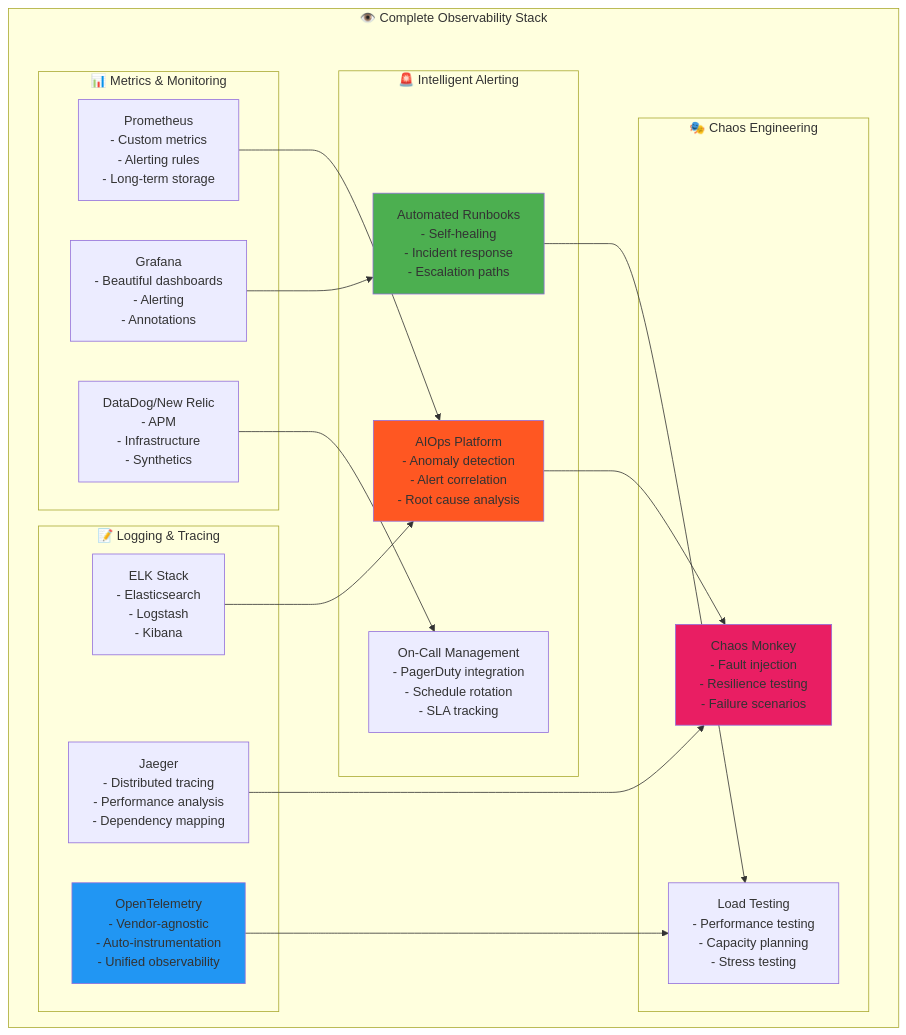
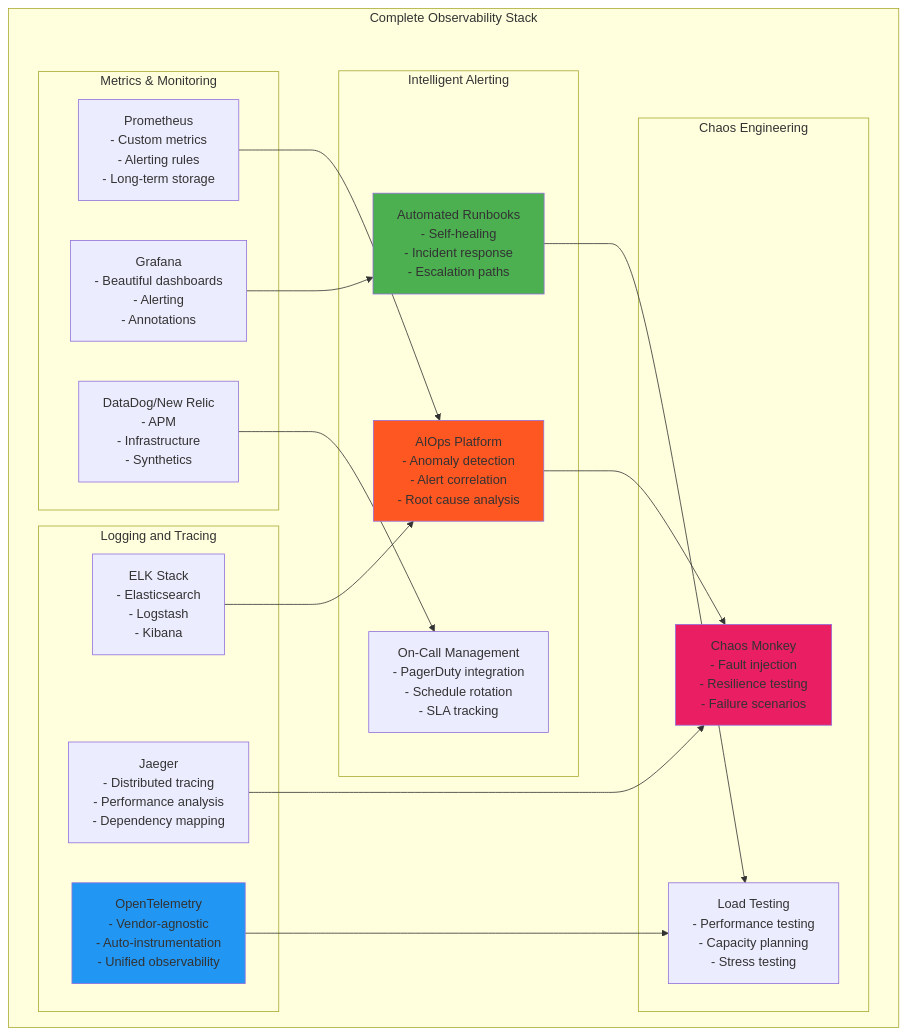
Before and after one commit to gregorizeidler-cw/LavandowskI-Chatbot: the ninth of 11 diagrams in README.md, drawn with Mermaid. The commit also changed other lines of this file, not shown here.

````diff
--- a/README.md
+++ b/README.md
@@ -1353,43 +1353,43 @@
 ```mermaid
 graph TB
-    subgraph "👁️ Complete Observability Stack"
-        subgraph "📊 Metrics & Monitoring"
+    subgraph " Complete Observability Stack"
+        subgraph " Metrics & Monitoring"
             PROMETHEUS[Prometheus<br/>- Custom metrics<br/>- Alerting rules<br/>- Long-term storage]
             GRAFANA[Grafana<br/>- Beautiful dashboards<br/>- Alerting<br/>- Annotations]
             DATADOG[DataDog/New Relic<br/>- APM<br/>- Infrastructure<br/>- Synthetics]
         end
         
-        subgraph "📝 Logging & Tracing"
+        subgraph "Logging and Tracing"
             ELK[ELK Stack<br/>- Elasticsearch<br/>- Logstash<br/>- Kibana]
             JAEGER[Jaeger<br/>- Distributed tracing<br/>- Performance analysis<br/>- Dependency mapping]
             OPENTEL[OpenTelemetry<br/>- Vendor-agnostic<br/>- Auto-instrumentation<br/>- Unified observability]
         end
         
-        subgraph "🚨 Intelligent Alerting"
+        subgraph " Intelligent Alerting"
             AIOPS[AIOps Platform<br/>- Anomaly detection<br/>- Alert correlation<br/>- Root cause analysis]
             RUNBOOK[Automated Runbooks<br/>- Self-healing<br/>- Incident response<br/>- Escalation paths]
             ONCALL[On-Call Management<br/>- PagerDuty integration<br/>- Schedule rotation<br/>- SLA tracking]
         end
         
-        subgraph "🎭 Chaos Engineering"
+        subgraph " Chaos Engineering"
             CHAOS[Chaos Monkey<br/>- Fault injection<br/>- Resilience testing<br/>- Failure scenarios]
             LOAD[Load Testing<br/>- Performance testing<br/>- Capacity planning<br/>- Stress testing]
         end
     end
     
     PROMETHEUS --> AIOPS
     GRAFANA --> RUNBOOK
     DATADOG --> ONCALL
     
     ELK --> AIOPS
     JAEGER --> CHAOS
     OPENTEL --> LOAD
     
     AIOPS --> CHAOS
     RUNBOOK --> LOAD
     
     style AIOPS fill:#ff5722
     style OPENTEL fill:#2196f3
     style CHAOS fill:#e91e63
     style RUNBOOK fill:#4caf50
 ```
````
